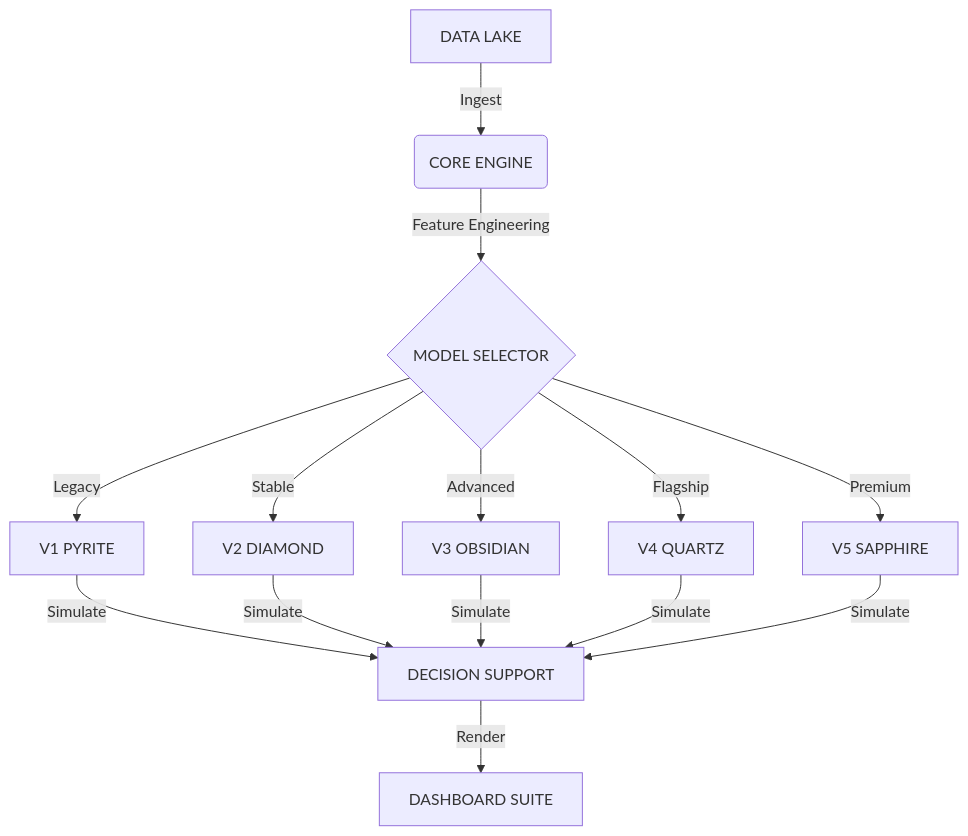
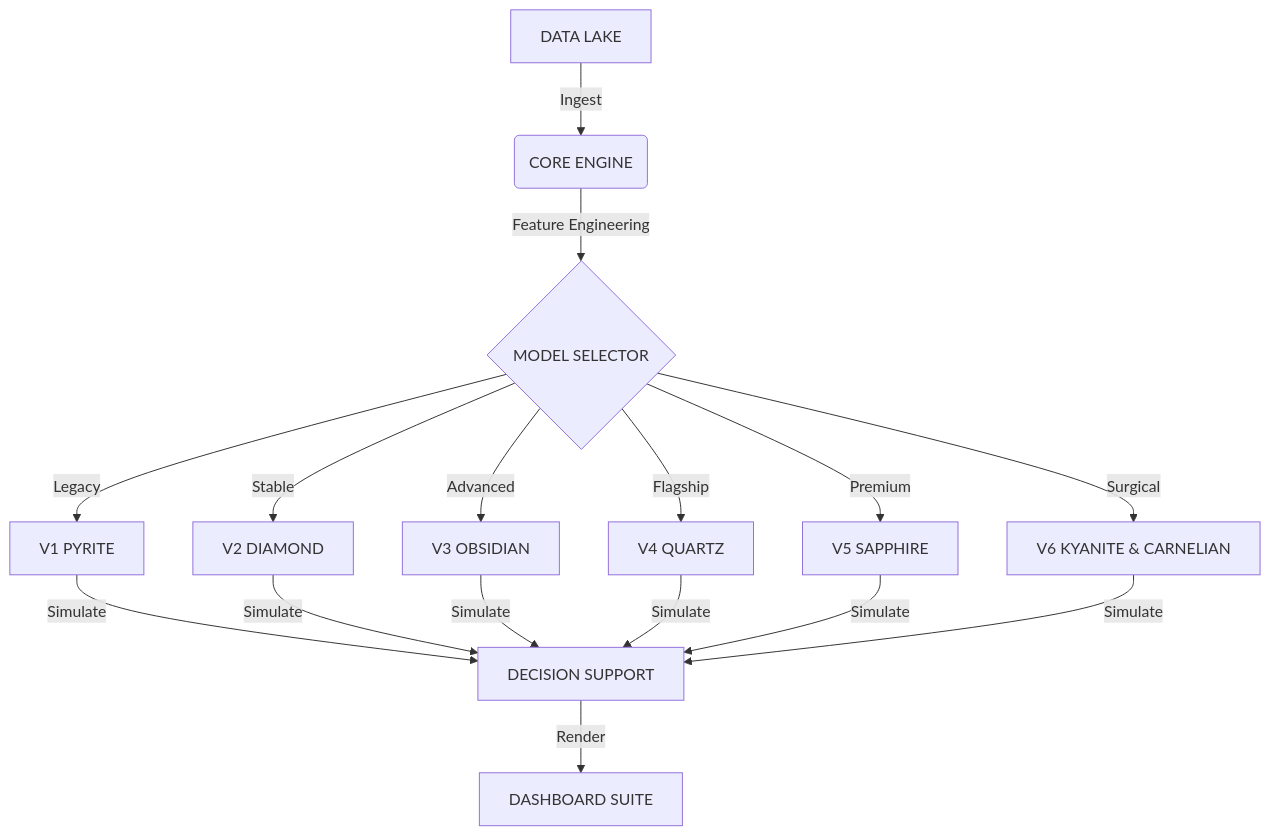
One commit to DSargent21/Quarry-Intelligence changed the diagram in README.md. Above: the diagram before and after it, drawn with Mermaid. The commit also changed other lines of this file, not shown here.

Commit message:
docs: merge series 6/7 into Kyanite & Carnelian and update README

````diff
--- a/README.md
+++ b/README.md
@@ -76,12 +81,13 @@
 ```mermaid
 graph TD
     A[DATA LAKE] -->|Ingest| B(CORE ENGINE)
     B -->|Feature Engineering| C{MODEL SELECTOR}
     C -->|Legacy| D[V1 PYRITE]
     C -->|Stable| E[V2 DIAMOND]
     C -->|Advanced| F[V3 OBSIDIAN]
     C -->|Flagship| G[V4 QUARTZ]
     C -->|Premium| J[V5 SAPPHIRE]
-    D & E & F & G & J -->|Simulate| H[DECISION SUPPORT]
+    C -->|Surgical| K[V6 KYANITE & CARNELIAN]
+    D & E & F & G & J & K -->|Simulate| H[DECISION SUPPORT]
     H -->|Render| I[DASHBOARD SUITE]
 ```
````
